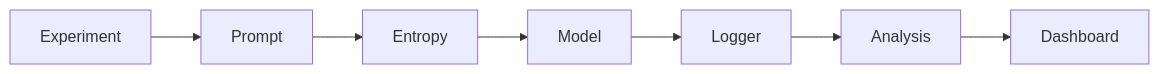
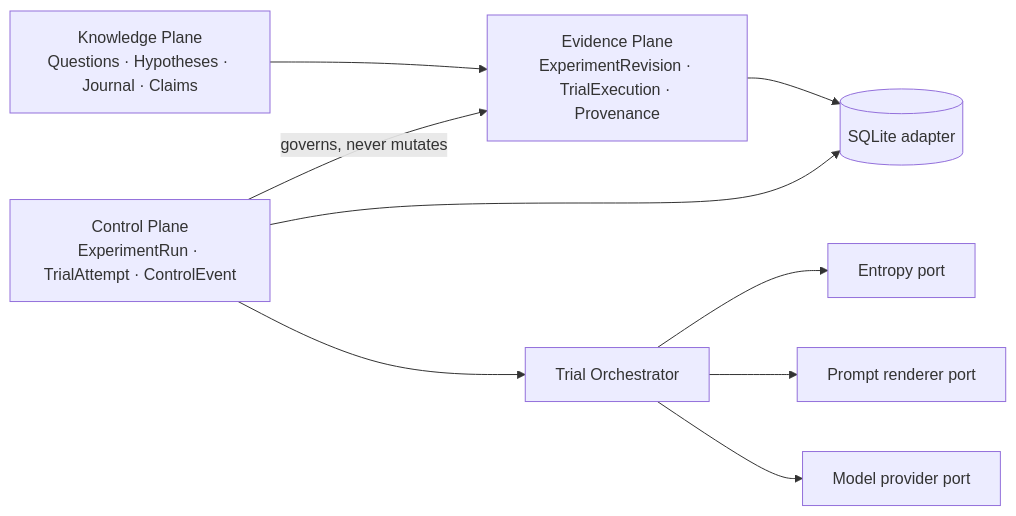
One commit to Vini-ccelgo/Entropy_Research_Platform changed the first of 2 diagrams in docs/architecture.md. Above: the diagram before and after it, drawn with Mermaid. The commit also changed other lines of this file and 78 other files, not shown here.

````diff
--- a/docs/architecture.md
+++ b/docs/architecture.md
@@ -10,5 +5,14 @@
 ```mermaid
 flowchart LR
-    E[Experiment] --> P[Prompt] --> N[Entropy] --> M[Model]
-    M --> L[Logger] --> A[Analysis] --> D[Dashboard]
+    K[Knowledge Plane
+Questions · Hypotheses · Journal · Claims] --> E[Evidence Plane
+ExperimentRevision · TrialExecution · Provenance]
+    C[Control Plane
+ExperimentRun · TrialAttempt · ControlEvent] -->|governs, never mutates| E
+    C --> O[Trial Orchestrator]
+    O --> EN[Entropy port]
+    O --> PR[Prompt renderer port]
+    O --> MP[Model provider port]
+    E --> DB[(SQLite adapter)]
+    C --> DB
 ```
````
